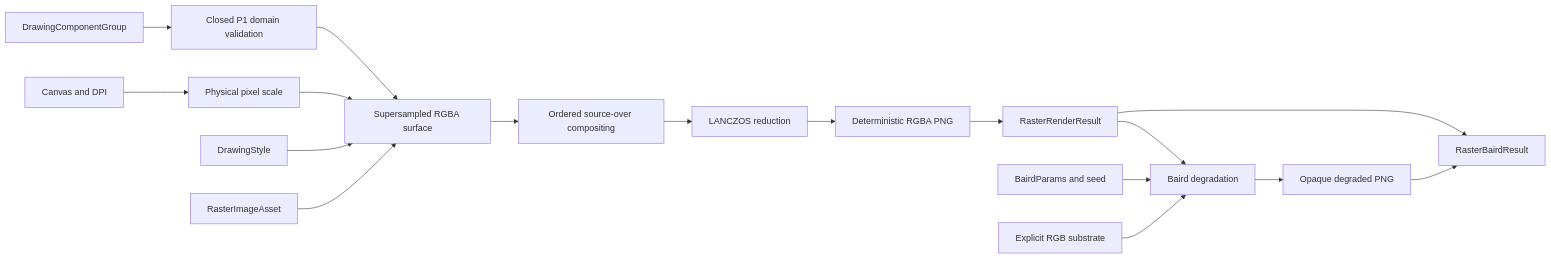
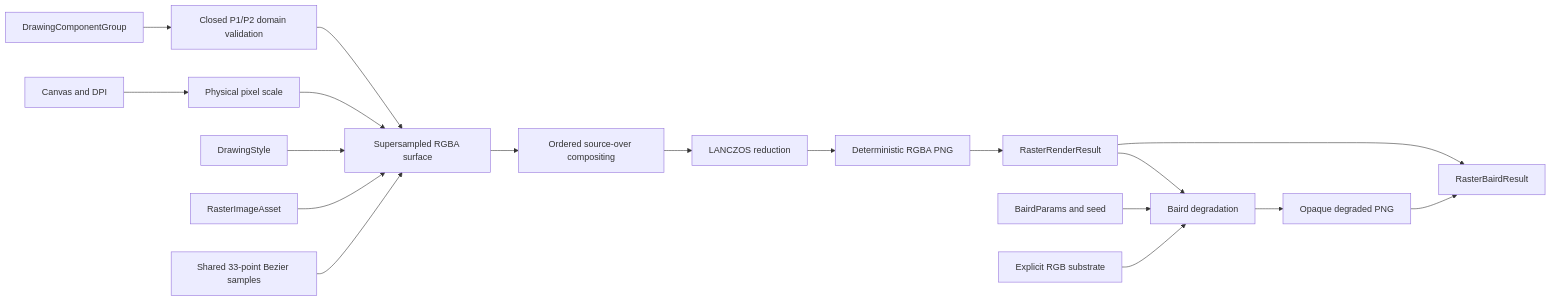
Before and after one commit to cmill32405/InkGen: the diagram in docs/diagrams/raster-renderer.mmd, drawn with Mermaid. The commit also changed 9 other files, not shown here.

```diff
--- a/docs/diagrams/raster-renderer.mmd
+++ b/docs/diagrams/raster-renderer.mmd
@@ -1,17 +1,18 @@
 flowchart LR
-    Group[DrawingComponentGroup] --> Validate[Closed P1 domain validation]
+    Group[DrawingComponentGroup] --> Validate[Closed P1/P2 domain validation]
     Canvas[Canvas and DPI] --> Scale[Physical pixel scale]
     Validate --> Surface[Supersampled RGBA surface]
     Scale --> Surface
     Style[DrawingStyle] --> Surface
     Assets[RasterImageAsset] --> Surface
+    Curves[Shared 33-point Bezier samples] --> Surface
     Surface --> Composite[Ordered source-over compositing]
     Composite --> Reduce[LANCZOS reduction]
     Reduce --> PNG[Deterministic RGBA PNG]
     PNG --> Result[RasterRenderResult]
     Result --> Pair[RasterBairdResult]
     Result --> Baird[Baird degradation]
     Params[BairdParams and seed] --> Baird
     Substrate[Explicit RGB substrate] --> Baird
     Baird --> Scan[Opaque degraded PNG]
     Scan --> Pair
```
